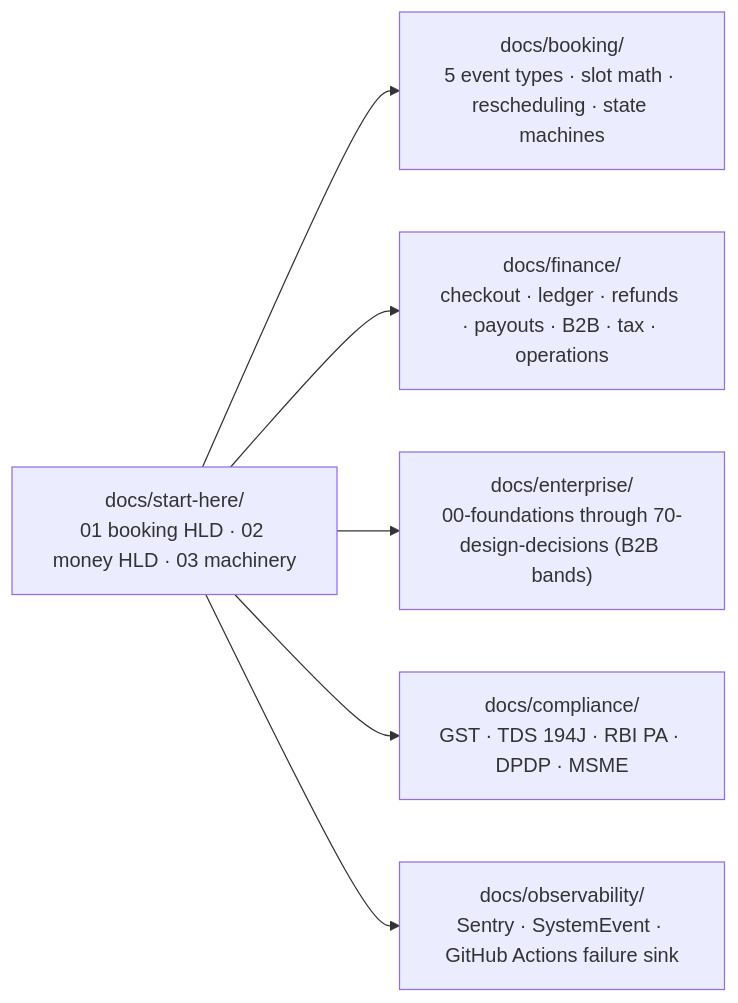
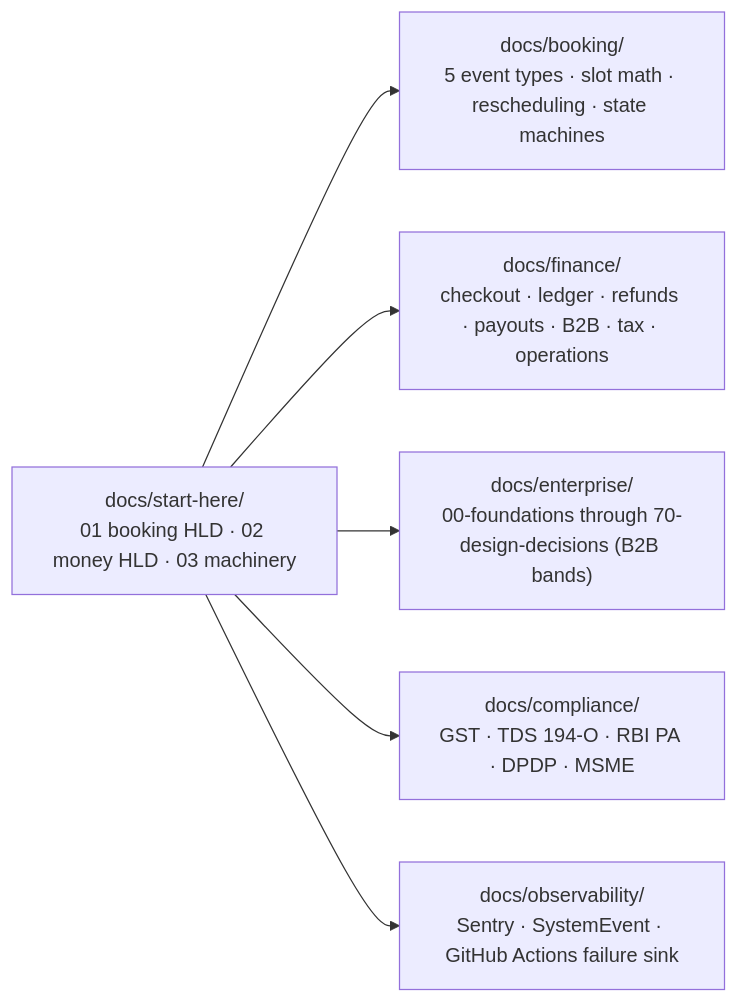
The diagram in docs/start-here/README.md (Practitionist/familiarise_web), drawn with Mermaid before and after one commit. The commit also changed other lines of this file and 16 other files, not shown here.

````diff
--- a/docs/start-here/README.md
+++ b/docs/start-here/README.md
@@ -33,8 +33,8 @@
 ```mermaid
 flowchart LR
   START["docs/start-here/<br/>01 booking HLD · 02 money HLD · 03 machinery"] --> BOOK["docs/booking/<br/>5 event types · slot math · rescheduling · state machines"]
   START --> PAY["docs/finance/<br/>checkout · ledger · refunds · payouts · B2B · tax · operations"]
   START --> ENT["docs/enterprise/<br/>00-foundations through 70-design-decisions (B2B bands)"]
-  START --> COMP["docs/compliance/<br/>GST · TDS 194J · RBI PA · DPDP · MSME"]
+  START --> COMP["docs/compliance/<br/>GST · TDS 194-O · RBI PA · DPDP · MSME"]
   START --> OBS["docs/observability/<br/>Sentry · SystemEvent · GitHub Actions failure sink"]
 ```
````
